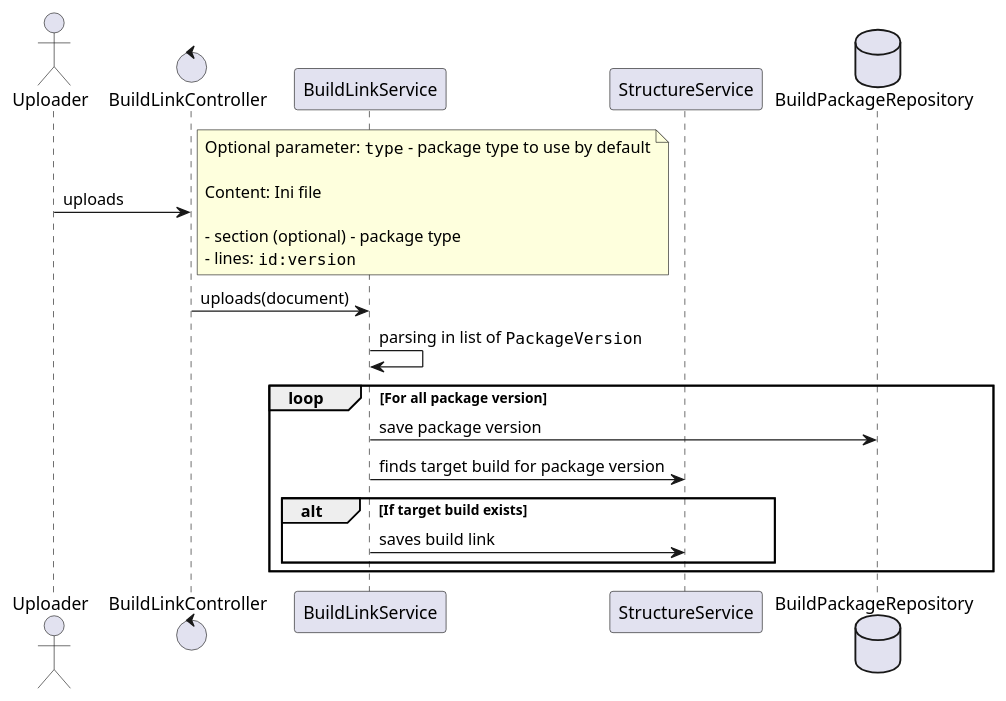
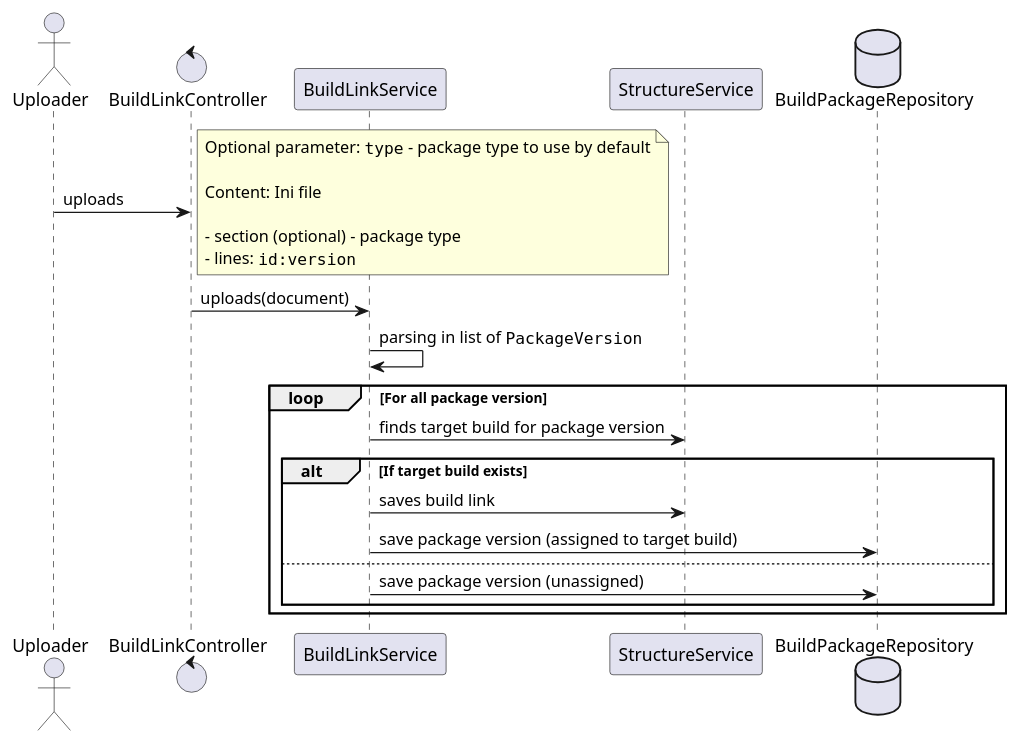
The diagram in ontrack-docs/src/docs/asciidoc/architecture-build-link-upload.puml (ReginaBabo/ontrack), drawn with PlantUML before and after one commit. The commit also changed 1 other file, not shown here.

Commit message:
#650 Package version job

```diff
--- a/ontrack-docs/src/docs/asciidoc/architecture-build-link-upload.puml
+++ b/ontrack-docs/src/docs/asciidoc/architecture-build-link-upload.puml
@@ -1,31 +1,33 @@
 @startuml
 
 actor Uploader
 control BuildLinkController
 participant BuildLinkService
 participant StructureService
 database BuildPackageRepository
 
 Uploader -> BuildLinkController: uploads
 
 note right
 Optional parameter: ""type"" - package type to use by default
 
 Content: Ini file
 
 - section (optional) - package type
 - lines: ""id:version""
 end note
 
 BuildLinkController -> BuildLinkService: uploads(document)
 BuildLinkService -> BuildLinkService: parsing in list of ""PackageVersion""
 
 loop For all package version
-    BuildLinkService -> BuildPackageRepository: save package version
     BuildLinkService -> StructureService: finds target build for package version
     alt If target build exists
         BuildLinkService -> StructureService: saves build link
+        BuildLinkService -> BuildPackageRepository: save package version (assigned to target build)
+    else
+        BuildLinkService -> BuildPackageRepository: save package version (unassigned)
     end
 end
 
 @enduml
```
